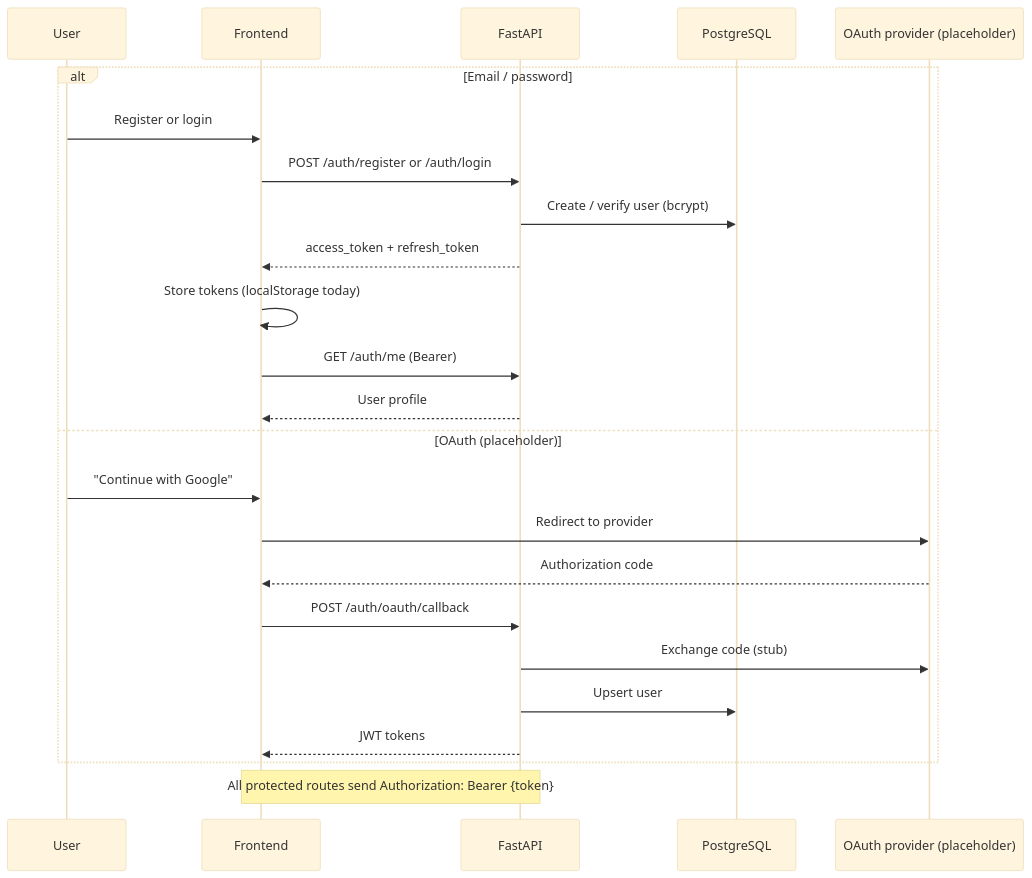
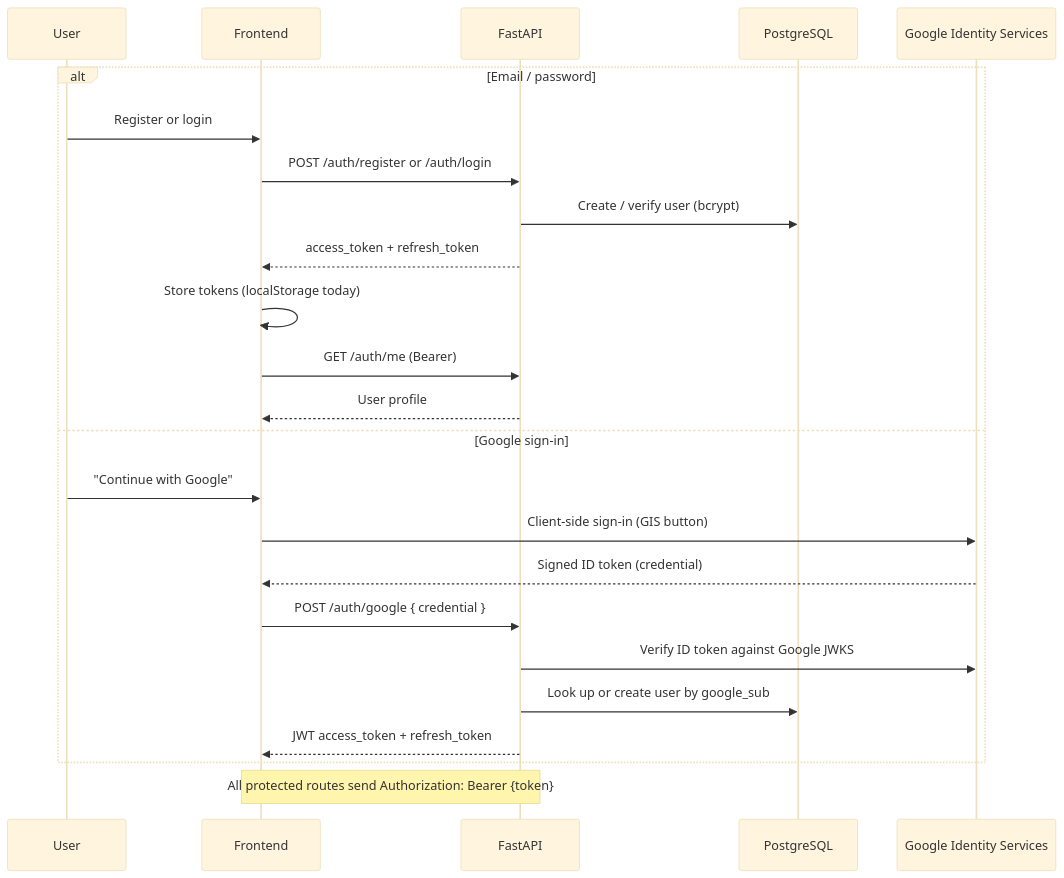
Before and after one commit to krishnaviswa/MEngPlat: the seventh of 16 diagrams in README.md, drawn with Mermaid (base theme). The commit also changed other lines of this file, not shown here.

Commit message:
Update README.md to reflect changes in authentication flow and endpoints
- Replaced placeholder OAuth provider with Google Identity Services in the sequence diagram.
- Updated the authentication flow to detail the Google sign-in process, including client-side sign-in and ID token verification.
- Modified the endpoint documentation to replace the OAuth callback with a new `/auth/google` endpoint for Google ID-token sign-in.
- Clarified the logout functionality to indicate that it now requires a Bearer token for access.

These changes enhance the documentation to accurately represent the current authentication mechanisms and improve clarity for developers.

````diff
--- a/README.md
+++ b/README.md
@@ -522,28 +522,28 @@
 ```mermaid
 sequenceDiagram
     participant User
     participant Frontend
     participant API as FastAPI
     participant DB as PostgreSQL
-    participant OAuth as OAuth provider (placeholder)
+    participant Google as Google Identity Services
 
     alt Email / password
         User->>Frontend: Register or login
         Frontend->>API: POST /auth/register or /auth/login
         API->>DB: Create / verify user (bcrypt)
         API-->>Frontend: access_token + refresh_token
         Frontend->>Frontend: Store tokens (localStorage today)
         Frontend->>API: GET /auth/me (Bearer)
         API-->>Frontend: User profile
-    else OAuth (placeholder)
+    else Google sign-in
         User->>Frontend: "Continue with Google"
-        Frontend->>OAuth: Redirect to provider
-        OAuth-->>Frontend: Authorization code
-        Frontend->>API: POST /auth/oauth/callback
-        API->>OAuth: Exchange code (stub)
-        API->>DB: Upsert user
-        API-->>Frontend: JWT tokens
+        Frontend->>Google: Client-side sign-in (GIS button)
+        Google-->>Frontend: Signed ID token (credential)
+        Frontend->>API: POST /auth/google { credential }
+        API->>Google: Verify ID token against Google JWKS
+        API->>DB: Look up or create user by google_sub
+        API-->>Frontend: JWT access_token + refresh_token
     end
 
     Note over Frontend,API: All protected routes send Authorization: Bearer {token}
 ```
````
